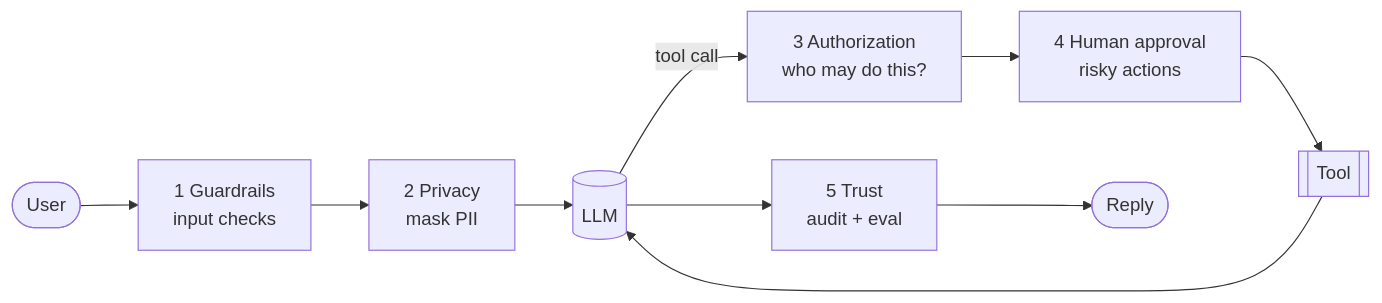
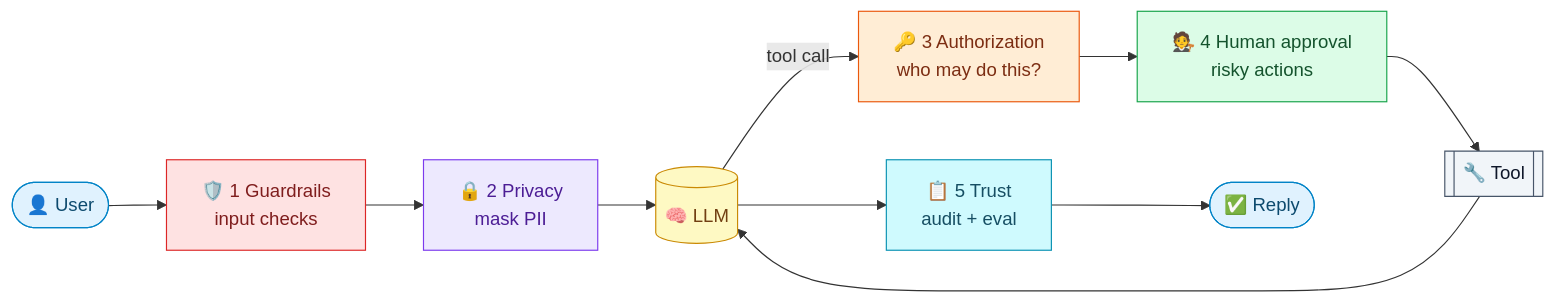
One commit to ashishpatel26/Responsible-AI-for-AI-Agent-Harness changed the first of 7 diagrams in README.md. Above: the diagram before and after it, drawn with Mermaid. The commit also changed other lines of this file and 1 other file, not shown here.

````diff
--- a/README.md
+++ b/README.md
@@ -21,12 +21,20 @@
 ```mermaid
 flowchart LR
-    U([User]) --> G1["1 Guardrails<br/>input checks"]
-    G1 --> G2["2 Privacy<br/>mask PII"]
-    G2 --> M[(LLM)]
-    M -->|tool call| A["3 Authorization<br/>who may do this?"]
-    A --> H["4 Human approval<br/>risky actions"]
-    H --> T[[Tool]]
+    U(["👤 User"]):::user --> G1["🛡️ 1 Guardrails<br/>input checks"]:::guard
+    G1 --> G2["🔒 2 Privacy<br/>mask PII"]:::priv
+    G2 --> M[("🧠 LLM")]:::llm
+    M -->|tool call| A["🔑 3 Authorization<br/>who may do this?"]:::auth
+    A --> H["🧑‍⚖️ 4 Human approval<br/>risky actions"]:::human
+    H --> T[["🔧 Tool"]]:::tool
     T --> M
-    M --> R["5 Trust<br/>audit + eval"]
-    R --> O([Reply])
+    M --> R["📋 5 Trust<br/>audit + eval"]:::trust
+    R --> O(["✅ Reply"]):::user
+    classDef user fill:#e0f2fe,stroke:#0284c7,color:#0c4a6e
+    classDef guard fill:#fee2e2,stroke:#dc2626,color:#7f1d1d
+    classDef priv fill:#ede9fe,stroke:#7c3aed,color:#4c1d95
+    classDef llm fill:#fef9c3,stroke:#ca8a04,color:#713f12
+    classDef auth fill:#ffedd5,stroke:#ea580c,color:#7c2d12
+    classDef human fill:#dcfce7,stroke:#16a34a,color:#14532d
+    classDef tool fill:#f1f5f9,stroke:#475569,color:#0f172a
+    classDef trust fill:#cffafe,stroke:#0891b2,color:#164e63
 ```
````
